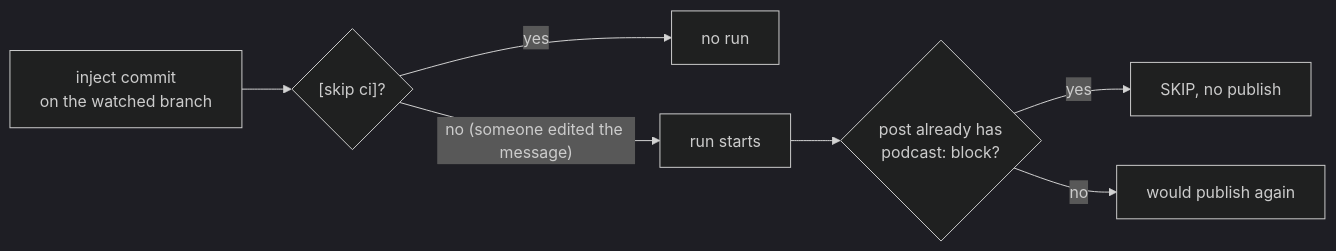
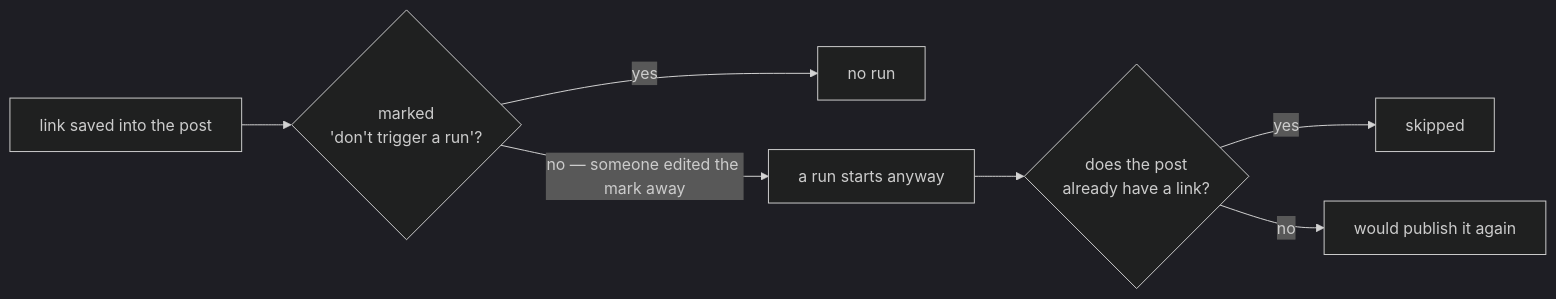
Diagram 11 of 12 in docs/00-overview.md (Matcry12/shipwithai-podcast-plugin), drawn with Mermaid (dark theme) before and after one commit. The commit also changed other lines of this file, not shown here.

````diff
--- a/docs/00-overview.md
+++ b/docs/00-overview.md
@@ -358,9 +342,9 @@
 ```mermaid
 flowchart LR
-    I[inject commit<br/>on the watched branch] --> G1{"[skip ci]?"}
+    I[link saved into the post] --> G1{marked<br/>'don't trigger a run'?}
     G1 -- yes --> STOP1[no run]
-    G1 -- "no (someone edited the message)" --> RUN[run starts]
-    RUN --> G2{post already has<br/>podcast: block?}
-    G2 -- yes --> STOP2[SKIP, no publish]
-    G2 -- no --> STORM[would publish again]
+    G1 -- "no — someone edited the mark away" --> RUN[a run starts anyway]
+    RUN --> G2{does the post<br/>already have a link?}
+    G2 -- yes --> STOP2[skipped]
+    G2 -- no --> STORM[would publish it again]
 ```
````
